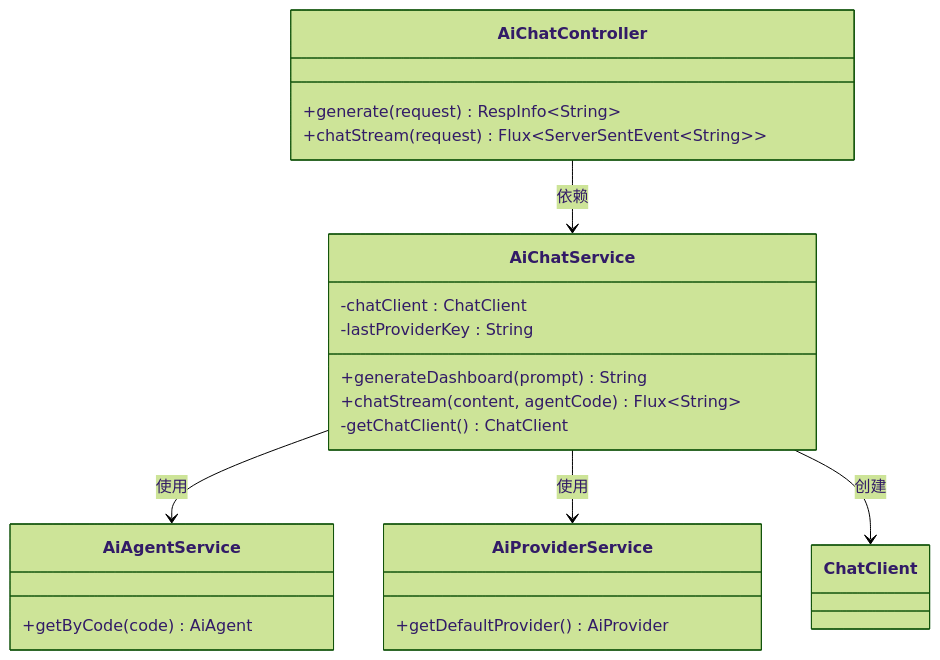
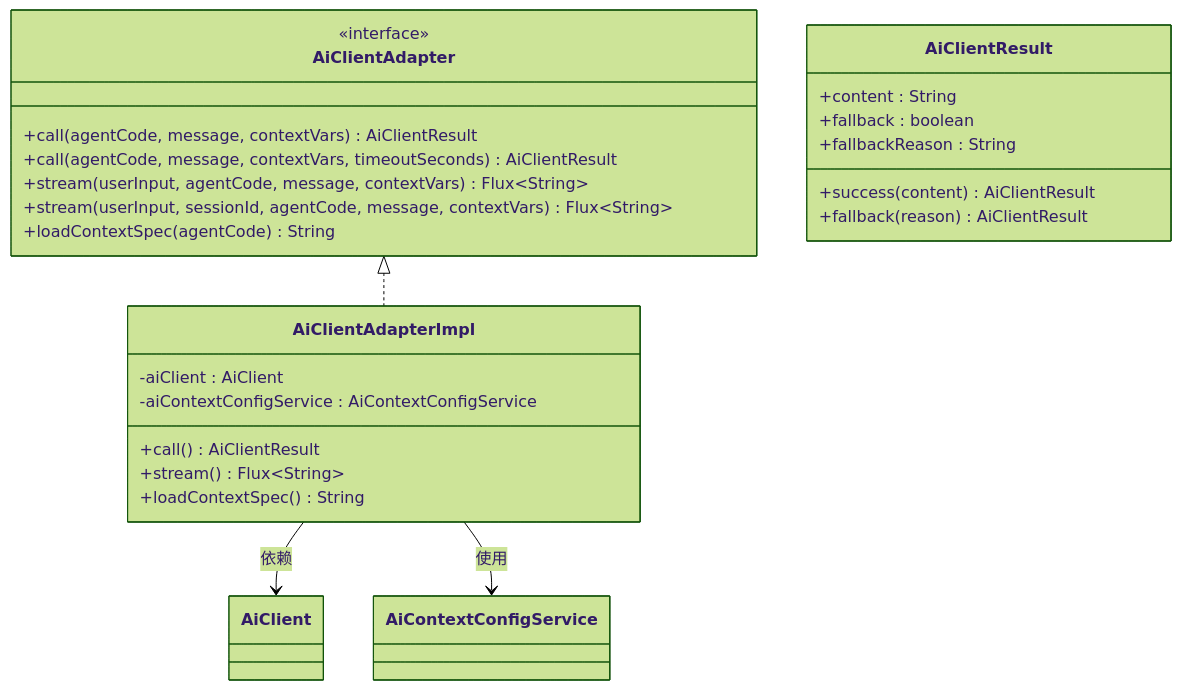
One commit to yaomindong1996/forge-admin changed the sixth of 8 diagrams in .qoder/repowiki/zh/content/AI聊天对话功能.md. Above: the diagram before and after it, drawn with Mermaid (forest theme). The commit also changed other lines of this file and 56 other files, not shown here.

````diff
--- a/.qoder/repowiki/zh/content/AI聊天对话功能.md
+++ b/.qoder/repowiki/zh/content/AI聊天对话功能.md
@@ -286,24 +359,28 @@
 ```mermaid
 classDiagram
-class AiChatController {
-+generate(request) RespInfo~String~
-+chatStream(request) Flux~ServerSentEvent~String~~
+class AiClientAdapter {
+<<interface>>
++call(agentCode, message, contextVars) AiClientResult
++call(agentCode, message, contextVars, timeoutSeconds) AiClientResult
++stream(userInput, agentCode, message, contextVars) Flux~String~
++stream(userInput, sessionId, agentCode, message, contextVars) Flux~String~
++loadContextSpec(agentCode) String
 }
-class AiChatService {
--chatClient : ChatClient
--lastProviderKey : String
-+generateDashboard(prompt) String
-+chatStream(content, agentCode) Flux~String~
--getChatClient() ChatClient
+class AiClientAdapterImpl {
+-aiClient : AiClient
+-aiContextConfigService : AiContextConfigService
++call() AiClientResult
++stream() Flux~String~
++loadContextSpec() String
 }
-class AiAgentService {
-+getByCode(code) AiAgent
+class AiClientResult {
++content : String
++fallback : boolean
++fallbackReason : String
++success(content) AiClientResult
++fallback(reason) AiClientResult
 }
-class AiProviderService {
-+getDefaultProvider() AiProvider
-}
-AiChatController --> AiChatService : 依赖
-AiChatService --> AiAgentService : 使用
-AiChatService --> AiProviderService : 使用
-AiChatService --> ChatClient : 创建
+AiClientAdapter <|.. AiClientAdapterImpl
+AiClientAdapterImpl --> AiClient : 依赖
+AiClientAdapterImpl --> AiContextConfigService : 使用
 ```
````
